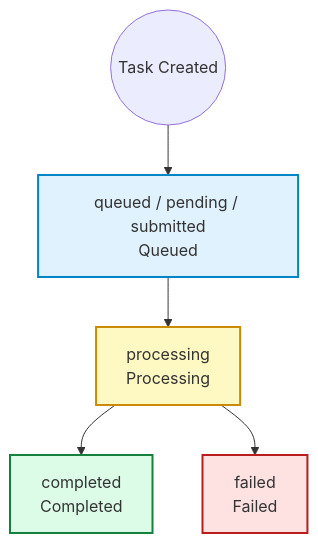
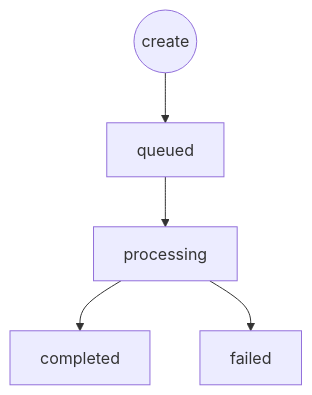
The diagram in en/api-reference/common/query.mdx (ZUCCzwp/spdocs), drawn with Mermaid before and after one commit. The commit also changed other lines of this file and 128 other files, not shown here.

````diff
--- a/en/api-reference/common/query.mdx
+++ b/en/api-reference/common/query.mdx
@@ -35,17 +19,7 @@
 ```mermaid
 graph TD
-    classDef queued fill:#e0f2fe,stroke:#0284c7,stroke-width:2px;
-    classDef processing fill:#fef9c3,stroke:#ca8a04,stroke-width:2px;
-    classDef completed fill:#dcfce7,stroke:#15803d,stroke-width:2px;
-    classDef failed fill:#fee2e2,stroke:#b91c1c,stroke-width:2px;
-
-    Start((Task Created)) --> queued[queued / pending / submitted<br>Queued]
-    queued --> processing[processing<br>Processing]
-    processing --> completed[completed<br>Completed]
-    processing --> failed[failed<br>Failed]
-
-    class queued queued;
-    class processing processing;
-    class completed completed;
-    class failed failed;
+    Start((create)) --> queued[queued]
+    queued --> processing[processing]
+    processing --> completed[completed]
+    processing --> failed[failed]
 ```
````
